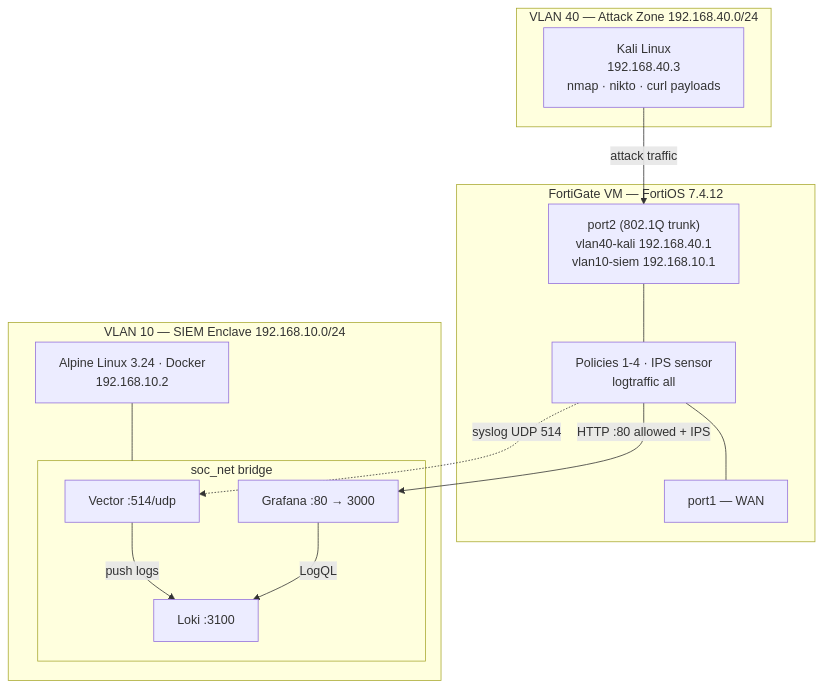
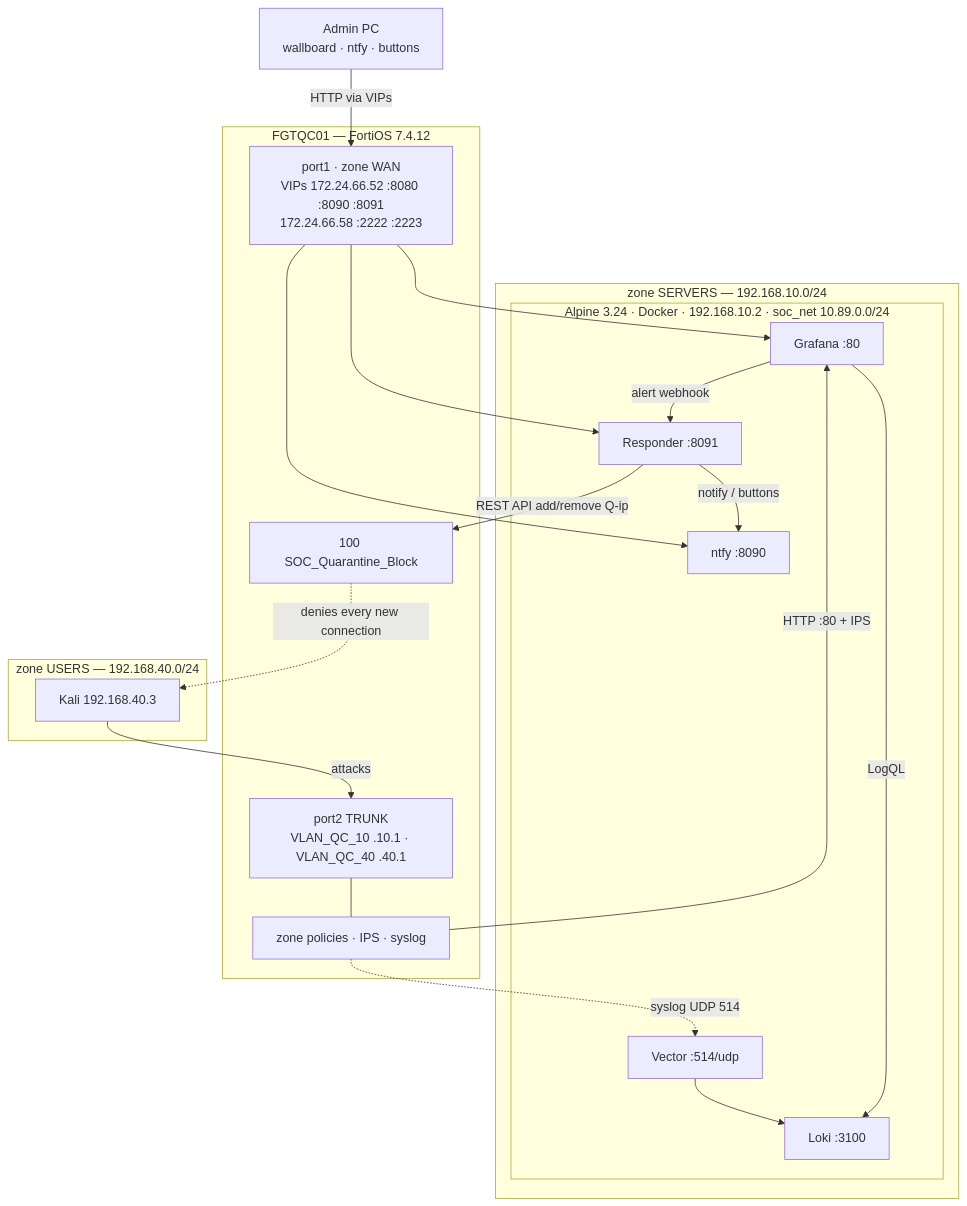
The diagram in Video-3-Visual-SOC-Analytics-Traffic-Dashboard/README.md (rabakuku/Youtube), drawn with Mermaid before and after one commit. The commit also changed other lines of this file and 23 other files, not shown here.

Commit message:
Video 3: deck updated - one-click quarantine slide, real FGTQC01 names, no Kali WAN

````diff
--- a/Video-3-Visual-SOC-Analytics-Traffic-Dashboard/README.md
+++ b/Video-3-Visual-SOC-Analytics-Traffic-Dashboard/README.md
@@ -54,27 +57,36 @@
 ```mermaid
 flowchart TB
-    subgraph V40["VLAN 40 — Attack Zone 192.168.40.0/24"]
-        KALI["Kali Linux<br/>192.168.40.3<br/>nmap · nikto · curl payloads"]
+    PC["Admin PC<br/>wallboard · ntfy · buttons"]
+    subgraph FGT["FGTQC01 — FortiOS 7.4.12"]
+        WAN["port1 · zone WAN<br/>VIPs 172.24.66.52 :8080 :8090 :8091<br/>172.24.66.58 :2222 :2223"]
+        QB["100 SOC_Quarantine_Block"]
+        POL["zone policies · IPS · syslog"]
+        TR["port2 TRUNK<br/>VLAN_QC_10 .10.1 · VLAN_QC_40 .40.1"]
     end
-    subgraph FGT["FortiGate VM — FortiOS 7.4.12"]
-        P2["port2 (802.1Q trunk)<br/>vlan40-kali 192.168.40.1<br/>vlan10-siem 192.168.10.1"]
-        POL["Policies 1-4 · IPS sensor<br/>logtraffic all"]
-        P1["port1 — WAN"]
+    subgraph USERS["zone USERS — 192.168.40.0/24"]
+        KALI["Kali 192.168.40.3"]
     end
-    subgraph V10["VLAN 10 — SIEM Enclave 192.168.10.0/24"]
-        ALP["Alpine Linux 3.24 · Docker<br/>192.168.10.2"]
-        subgraph NET["soc_net bridge"]
+    subgraph SERVERS["zone SERVERS — 192.168.10.0/24"]
+        subgraph ALP["Alpine 3.24 · Docker · 192.168.10.2 · soc_net 10.89.0.0/24"]
             VEC["Vector :514/udp"]
             LOKI["Loki :3100"]
-            GRAF["Grafana :80 → 3000"]
+            GRAF["Grafana :80"]
+            RESP["Responder :8091"]
+            NTFY["ntfy :8090"]
         end
     end
-    KALI -- "attack traffic" --> P2
-    P2 --- POL
-    POL -- "HTTP :80 allowed + IPS" --> GRAF
+    PC -- "HTTP via VIPs" --> WAN
+    WAN --> GRAF
+    WAN --> NTFY
+    WAN --> RESP
+    KALI -- "attacks" --> TR
+    TR --- POL
+    POL -- "HTTP :80 + IPS" --> GRAF
     POL -. "syslog UDP 514" .-> VEC
-    VEC -- "push logs" --> LOKI
+    VEC --> LOKI
     GRAF -- "LogQL" --> LOKI
-    POL --- P1
-    ALP --- NET
+    GRAF -- "alert webhook" --> RESP
+    RESP -- "notify / buttons" --> NTFY
+    RESP -- "REST API add/remove Q-ip" --> QB
+    QB -. "denies every new connection" .-> KALI
 ```
````
